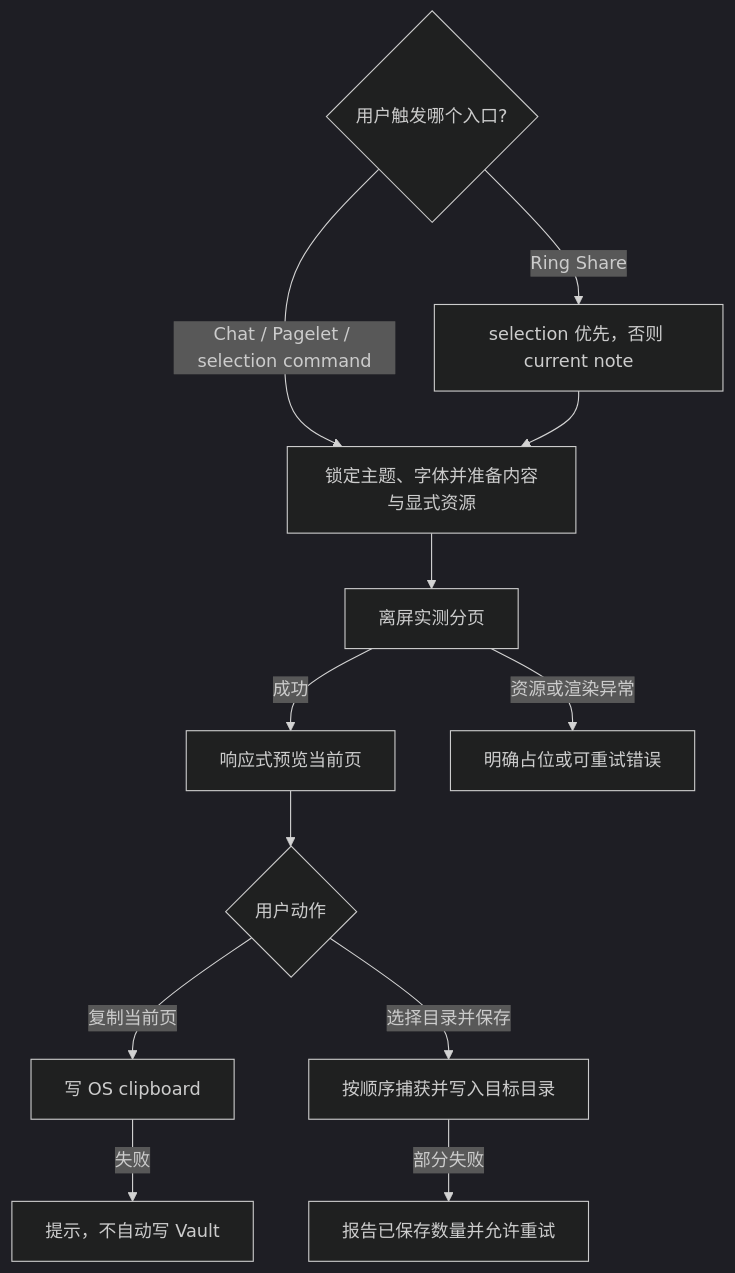
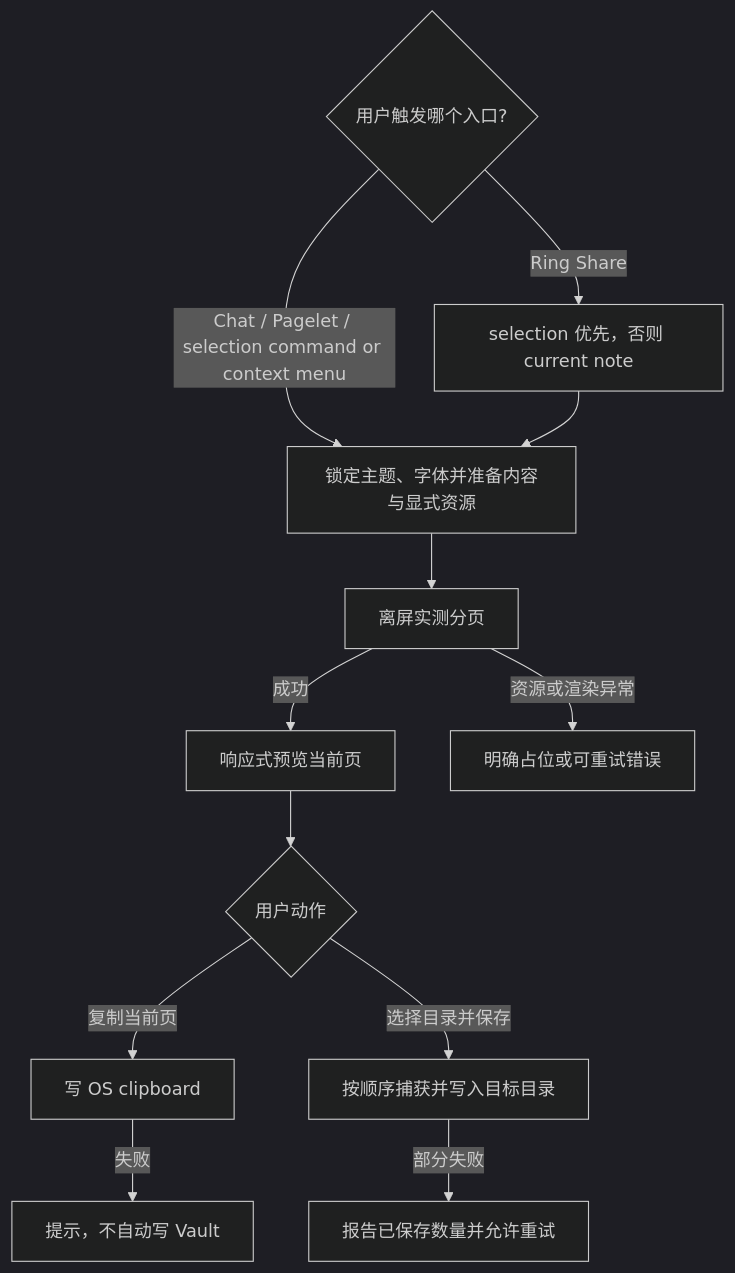
Before and after one commit to edonyzpc/personal-assistant: the diagram in docs/product/specs/pa-share-card-product-spec.md, drawn with Mermaid (dark theme). The commit also changed other lines of this file and 5 other files, not shown here.

First line of the commit message:
feat(share-card): add editor context menu entry

````diff
--- a/docs/product/specs/pa-share-card-product-spec.md
+++ b/docs/product/specs/pa-share-card-product-spec.md
@@ -125,15 +130,15 @@
 ```mermaid
 flowchart TD
   A{用户触发哪个入口?}
-  A -->|Chat / Pagelet / selection command| B[锁定主题、字体并准备内容与显式资源]
+  A -->|Chat / Pagelet / selection command or context menu| B[锁定主题、字体并准备内容与显式资源]
   A -->|Ring Share| A1[selection 优先，否则 current note]
   A1 --> B
   B --> C[离屏实测分页]
   C -->|成功| D[响应式预览当前页]
   C -->|资源或渲染异常| E[明确占位或可重试错误]
   D --> F{用户动作}
   F -->|复制当前页| G[写 OS clipboard]
   F -->|选择目录并保存| H[按顺序捕获并写入目标目录]
   G -->|失败| I[提示，不自动写 Vault]
   H -->|部分失败| J[报告已保存数量并允许重试]
 ```
````
